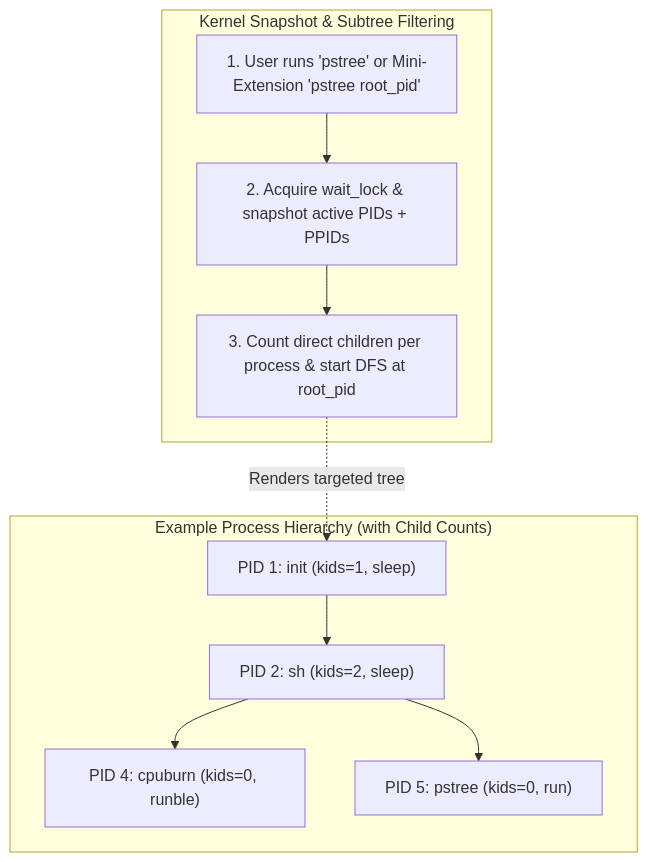
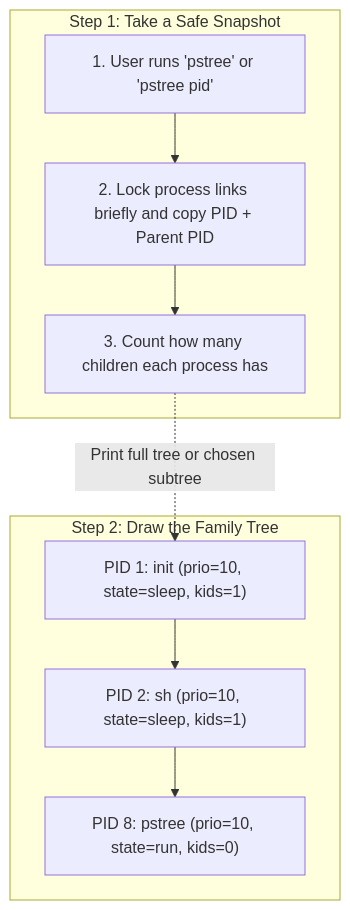
One commit to asbahkhan67-ctrl/xv6-riscv changed the ninth of 21 diagrams in README.md. Above: the diagram before and after it, drawn with Mermaid. The commit also changed other lines of this file and 69 other files, not shown here.

````diff
--- a/README.md
+++ b/README.md
@@ -534,15 +585,14 @@
 ```mermaid
 flowchart TD
-    subgraph Flow["Kernel Snapshot & Subtree Filtering"]
-        A["1. User runs 'pstree' or Mini-Extension 'pstree root_pid'"] --> B["2. Acquire wait_lock & snapshot active PIDs + PPIDs"]
-        B --> C["3. Count direct children per process & start DFS at root_pid"]
+    subgraph Collect["Step 1: Take a Safe Snapshot"]
+        A["1. User runs 'pstree' or 'pstree pid'"] --> B["2. Lock process links briefly and copy PID + Parent PID"]
+        B --> C["3. Count how many children each process has"]
     end
 
-    subgraph Tree["Example Process Hierarchy (with Child Counts)"]
-        P1["PID 1: init (kids=1, sleep)"] --> P2["PID 2: sh (kids=2, sleep)"]
-        P2 --> P4["PID 4: cpuburn (kids=0, runble)"]
-        P2 --> P5["PID 5: pstree (kids=0, run)"]
+    subgraph Display["Step 2: Draw the Family Tree"]
+        D["PID 1: init (prio=10, state=sleep, kids=1)"] --> E["PID 2: sh (prio=10, state=sleep, kids=1)"]
+        E --> F["PID 8: pstree (prio=10, state=run, kids=0)"]
     end
 
-    C -. "Renders targeted tree" .-> P1
+    C -. "Print full tree or chosen subtree" .-> D
 ```
````
